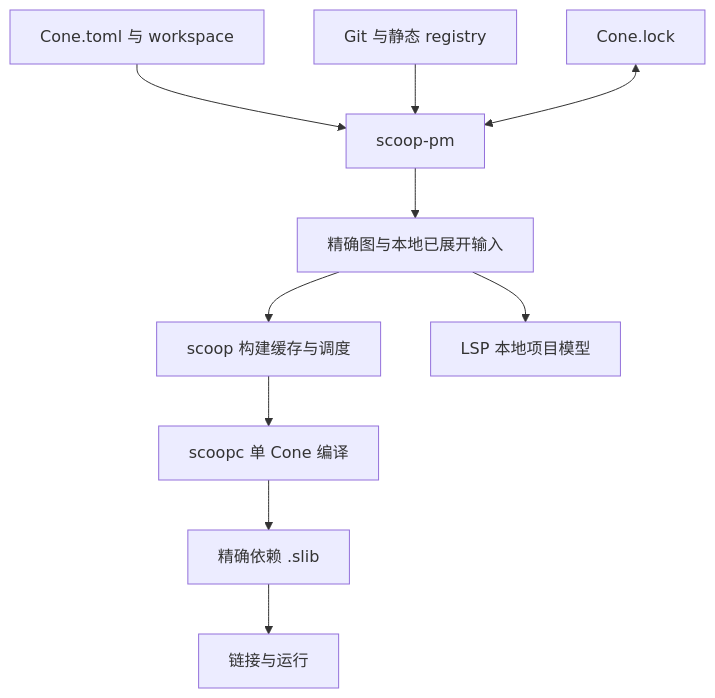
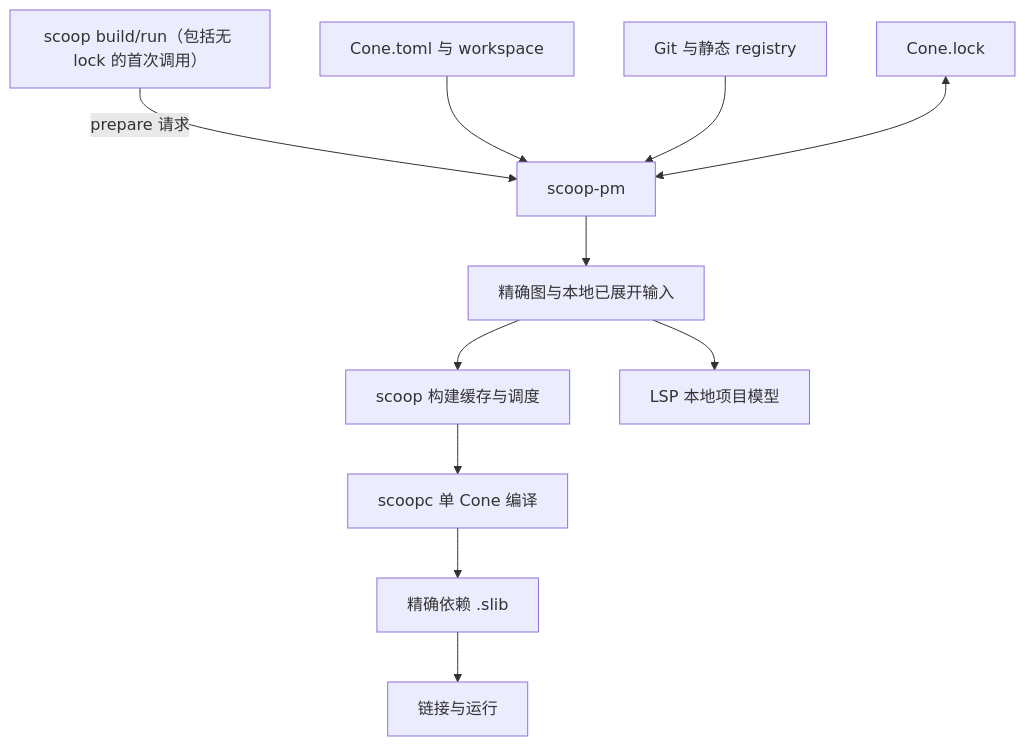
Before and after one commit to windoze/scoop: the diagram in docs/package-manager/DESIGN.md, drawn with Mermaid. The commit also changed other lines of this file and 13 other files, not shown here.

````diff
--- a/docs/package-manager/DESIGN.md
+++ b/docs/package-manager/DESIGN.md
@@ -13,12 +15,13 @@
 ```mermaid
 flowchart TD
+    Command["scoop build/run（包括无 lock 的首次调用）"] -->|prepare 请求| PM
     Manifest["Cone.toml 与 workspace"] --> PM["scoop-pm"]
     Remote["Git 与静态 registry"] --> PM
     Lock["Cone.lock"] <--> PM
     PM --> Prepared["精确图与本地已展开输入"]
     Prepared --> Driver["scoop 构建缓存与调度"]
     Prepared --> IDE["LSP 本地项目模型"]
     Driver --> Compiler["scoopc 单 Cone 编译"]
     Compiler --> Slib["精确依赖 .slib"]
     Slib --> Link["链接与运行"]
 ```
````
